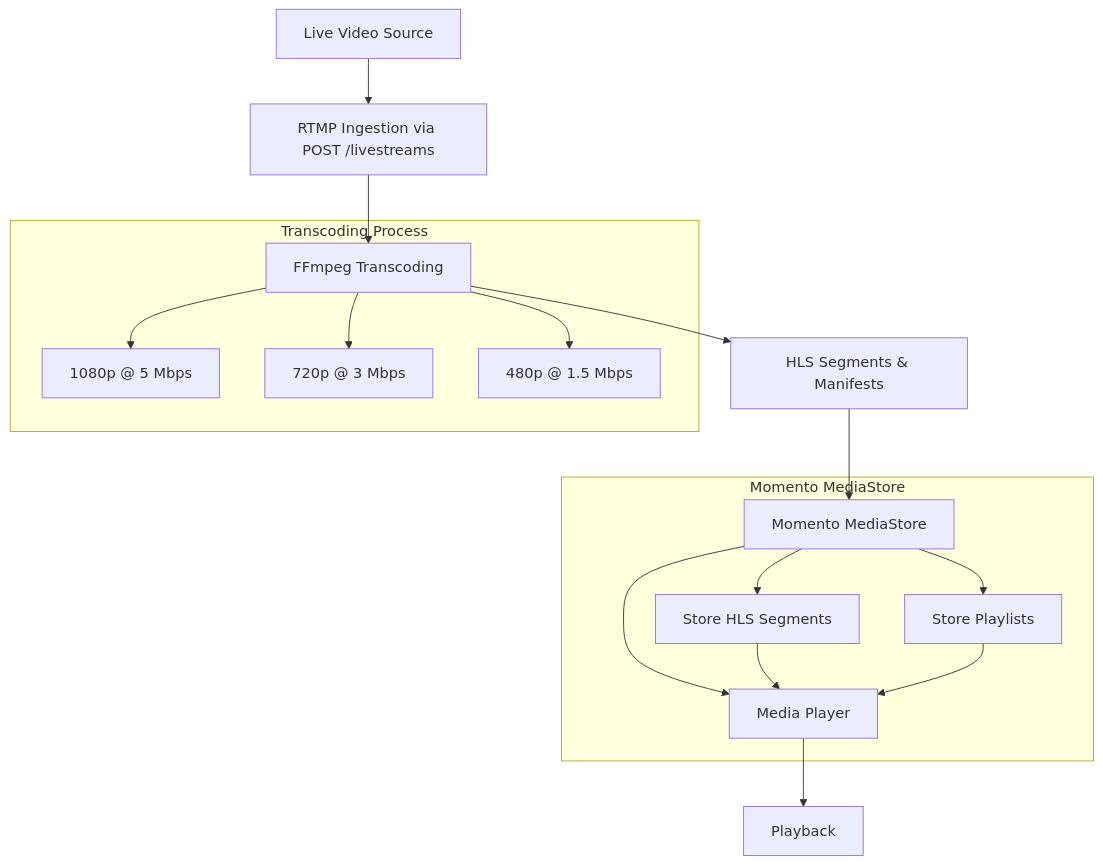
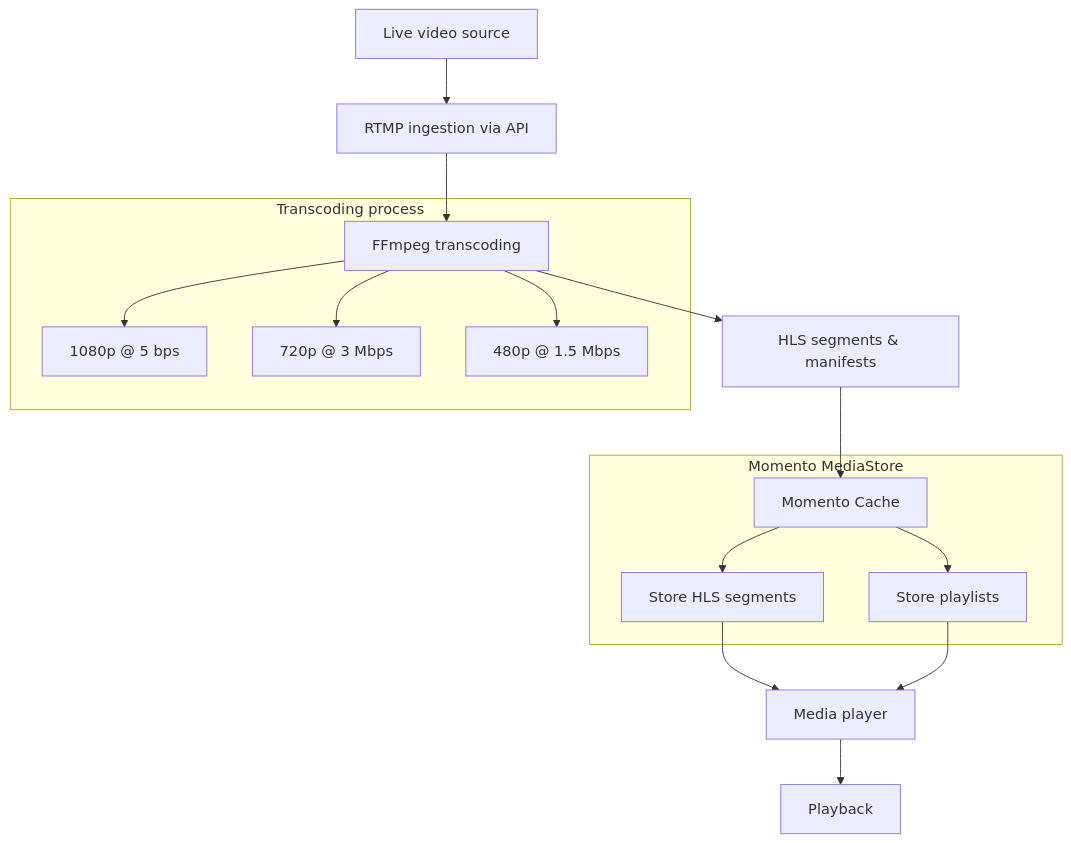
Before and after one commit to momentohq/public-dev-docs: the diagram in docs/mediastore/streaming/capture/rtmp.md, drawn with Mermaid. The commit also changed other lines of this file and 1 other file, not shown here.

Commit message:
final draft of rtmp tutorial

````diff
--- a/docs/mediastore/streaming/capture/rtmp.md
+++ b/docs/mediastore/streaming/capture/rtmp.md
@@ -36,23 +36,23 @@
 ```mermaid
 graph TD;
-    A[Live Video Source] --> B[RTMP Ingestion via POST /livestreams];
-    B --> C[FFmpeg Transcoding];
-    C --> D[HLS Segments & Manifests];
-    D --> E[Momento MediaStore];
-    E --> G[Media Player];
+    A[Live video source] --> B[RTMP ingestion via API];
+    B --> C[FFmpeg transcoding];
+    C --> D[HLS segments & manifests];
+    D --> E[Momento Cache];
 
-    subgraph Transcoding Process
-        C --> H[1080p @ 5 Mbps];
+
+    subgraph Transcoding process
+        C --> H[1080p @ 5 bps];
         C --> I[720p @ 3 Mbps];
         C --> J[480p @ 1.5 Mbps];
     end
 
     subgraph Momento MediaStore
-        E --> K[Store HLS Segments];
-        E --> L[Store Playlists];
-        K --> G;
-        L --> G;
+        E --> K[Store HLS segments];
+        E --> L[Store playlists];
     end
 
+    K --> G[Media player];
+    L --> G;
     G --> F[Playback];
 ```
````
